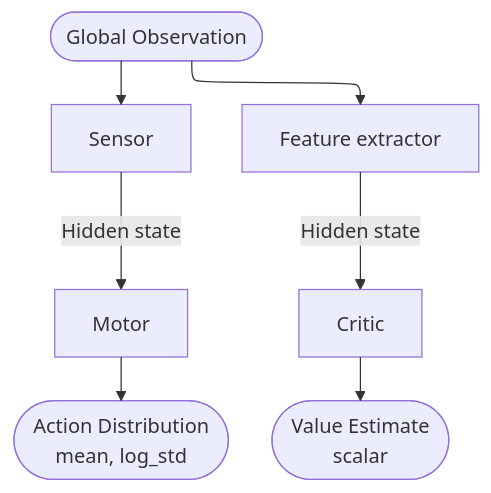
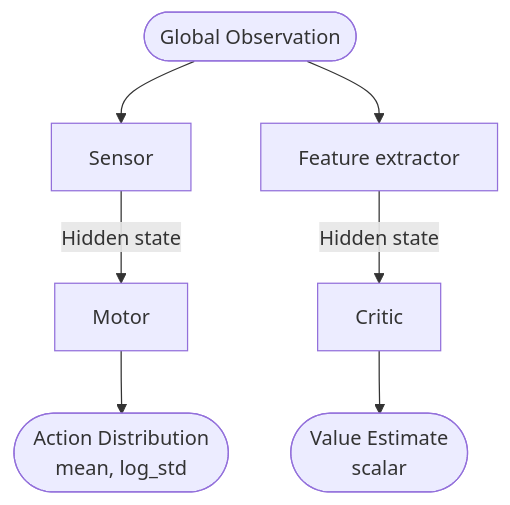
Before and after one commit to SELab-3-2026/SEL3-2026-Groep-4: the first of 2 diagrams in docs/design/actor-critic.md, drawn with Mermaid. The commit also changed other lines of this file and 1 other file, not shown here.

````diff
--- a/docs/design/actor-critic.md
+++ b/docs/design/actor-critic.md
@@ -22,22 +22,21 @@
 ```mermaid
-%%{ init: { 'flowchart': {'defaultRenderer': 'elk' } } }%%
 graph TD
     Obs([Global Observation])
 
     Sens[Sensor]
     Act[Motor]
     OutAct([Action Distribution<br/>mean, log_std])
 
     Feat[Feature extractor]
     Crit[Critic]
     OutCrit([Value Estimate<br/>scalar])
 
     Obs --> Sens
     Obs --> Feat
 
     Sens -->|"Hidden state"| Act
     Feat -->|"Hidden state"| Crit
 
     Act --> OutAct
     Crit --> OutCrit
 ```
````
